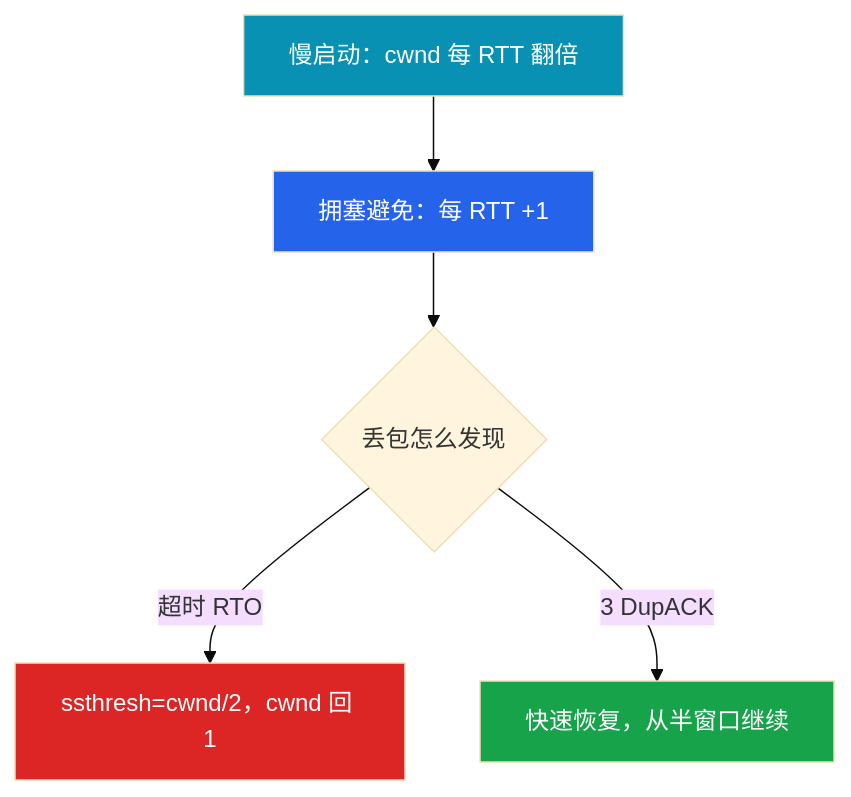
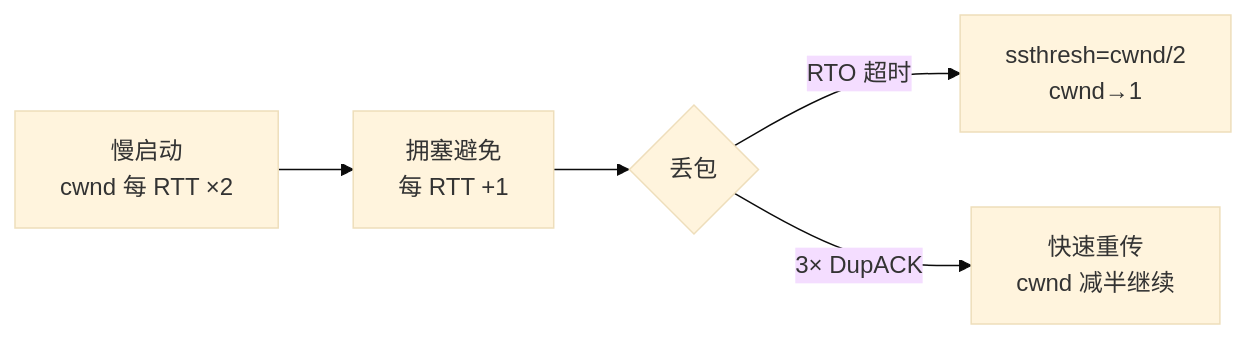
Before and after one commit to ml-cuizijun/LearnToLilith: the fourth of 5 diagrams in 02-基础底座/08-TCP与UDP/知识点.md, drawn with Mermaid (base theme). The commit also changed other lines of this file and 3 other files, not shown here.

````diff
--- a/02-基础底座/08-TCP与UDP/知识点.md
+++ b/02-基础底座/08-TCP与UDP/知识点.md
@@ -285,16 +263,7 @@
 ```mermaid
-flowchart TB
-    A[慢启动：cwnd 每 RTT 翻倍] --> B[拥塞避免：每 RTT +1]
-    B --> C{丢包怎么发现}
-    C -->|超时 RTO| D["ssthresh=cwnd/2，cwnd 回 1"]
-    C -->|3 DupACK| E[快速恢复，从半窗口继续]
-
-    classDef a fill:#0891B2,color:#fff
-    classDef b fill:#2563EB,color:#fff
-    classDef c fill:#DC2626,color:#fff
-    classDef d fill:#16A34A,color:#fff
-    class A a
-    class B b
-    class D c
-    class E d
+flowchart LR
+    A[慢启动<br/>cwnd 每 RTT ×2] --> B[拥塞避免<br/>每 RTT +1]
+    B --> C{丢包}
+    C -->|RTO 超时| D["ssthresh=cwnd/2<br/>cwnd→1"]
+    C -->|3× DupACK| E["快速重传<br/>cwnd 减半继续"]
 ```
````
